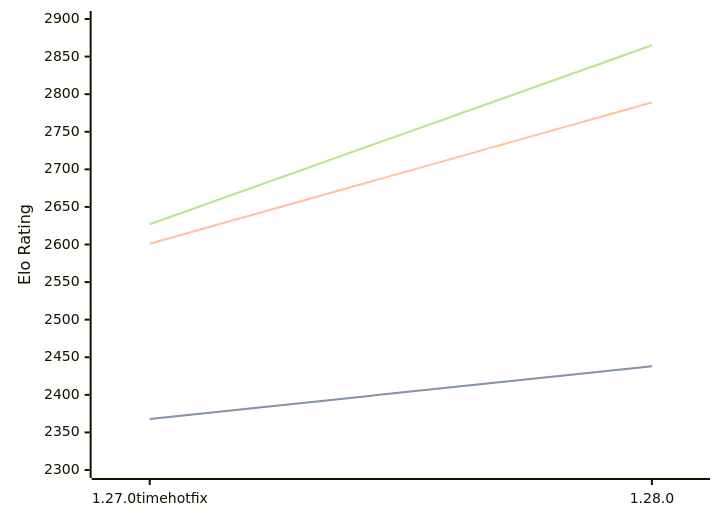
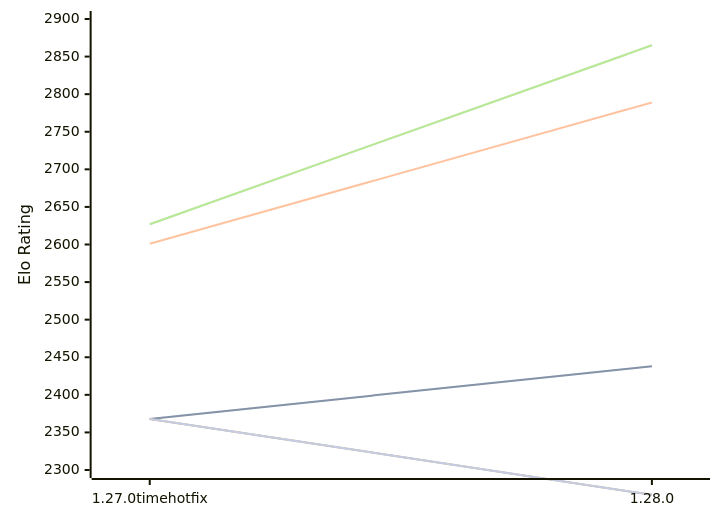
The diagram in engines/Aurora.md (computer-chess-index/cci), drawn with Mermaid before and after one commit. The commit also changed other lines of this file, not shown here.

Commit message:
Update CCI Ratings (ELO VLTC) - 2026-10-11

````diff
--- a/engines/Aurora.md
+++ b/engines/Aurora.md
@@ -48,16 +48,13 @@
 ```mermaid
 %%{init: {"theme":"base","themeVariables":{"seriesColors:['#a3a3a3','#222221','#faa371']}}}%%
 xychart-beta
   x-axis ["1.27.0timehotfix", "1.28.0"]
   y-axis "Elo Rating" 2300 --> 2900
   line "" [2368, 2438]
   line "T1: STC (8.0+0.08s)" [2368, 2438]
   line "T1: LTC (60.0+0.60s)" [2601, 2789]
   line "" [2627, 2865]
   line "T1: VLTC (2m24s+1.12s)" [2627, 2865]
-  line "" [2260]
-  line "E1: STC (8.0+0.08s)" [2260]
-  line "E1: LTC (60.0+0.60s)" [2581]
-  line "" [2588]
-  line "E1: VLTC (2m24s+1.12s)" [2588]
+  line "" [2368,2267]
+  line "E1: STC (8.0+0.08s)" [2368,2267]
 ```
````
